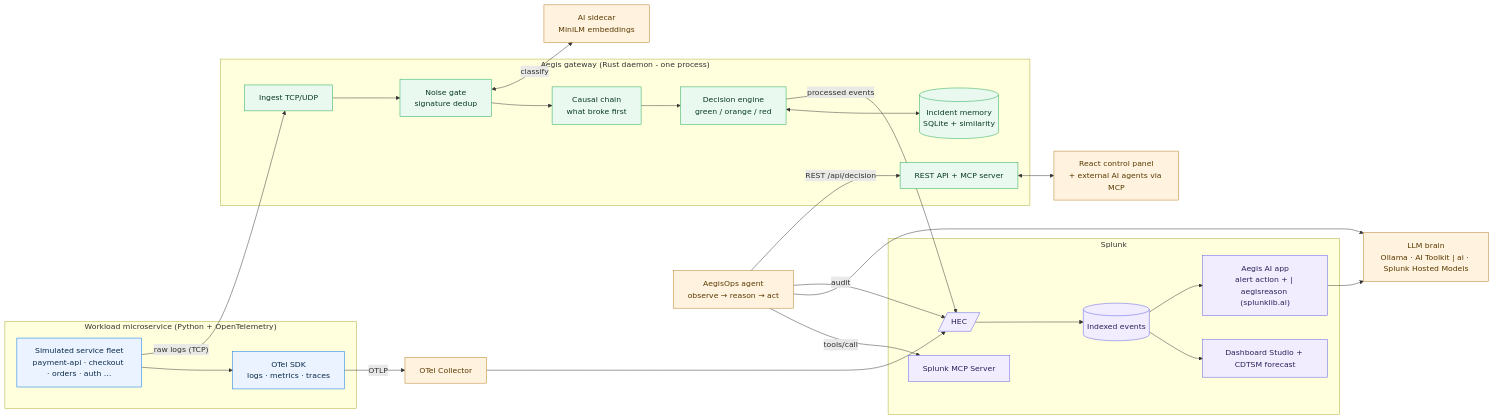
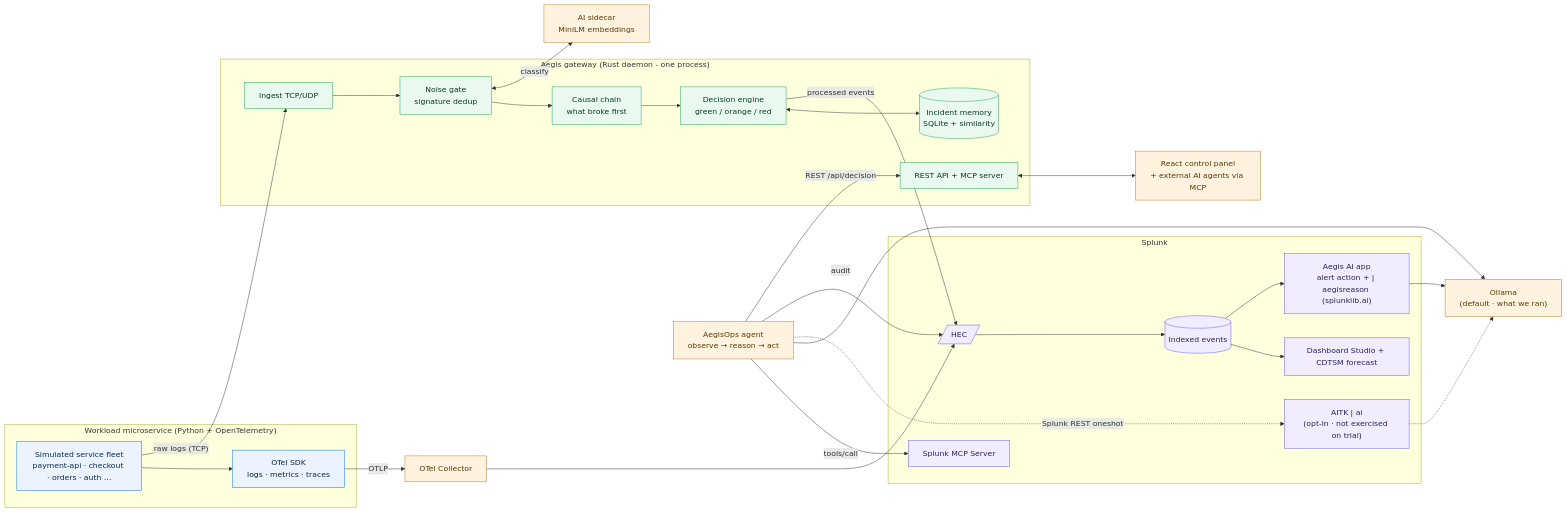
Before and after one commit to Kehn-Marv/Aegis: the diagram in architecture_diagram.md, drawn with Mermaid. The commit also changed other lines of this file and 10 other files, not shown here.

````diff
--- a/architecture_diagram.md
+++ b/architecture_diagram.md
@@ -9,55 +9,58 @@
 ```mermaid
 flowchart LR
     subgraph WL["Workload microservice (Python + OpenTelemetry)"]
         APP["Simulated service fleet<br/>payment-api · checkout · orders · auth …"]
         OTEL["OTel SDK<br/>logs · metrics · traces"]
     end
 
     subgraph EDGE["Aegis gateway (Rust daemon  -  one process)"]
         ING["Ingest TCP/UDP"]
         GATE["Noise gate<br/>signature dedup"]
         CAUSAL["Causal chain<br/>what broke first"]
         MEM[("Incident memory<br/>SQLite + similarity")]
         DEC["Decision engine<br/>green / orange / red"]
         API["REST API + MCP server"]
     end
 
     SIDE["AI sidecar<br/>MiniLM embeddings"]
     AGENT["AegisOps agent<br/>observe → reason → act"]
-    LLM["LLM brain<br/>Ollama · AI Toolkit | ai · Splunk Hosted Models"]
+    LLM_OLLAMA["Ollama<br/>(default · what we ran)"]
     UI["React control panel<br/>+ external AI agents via MCP"]
     COL["OTel Collector"]
 
     subgraph SPL["Splunk"]
         HEC[/"HEC"/]
         IDX[("Indexed events")]
         DASH["Dashboard Studio + CDTSM forecast"]
         SAPP["Aegis AI app<br/>alert action + | aegisreason (splunklib.ai)"]
         SMCP["Splunk MCP Server"]
+        AITK["AITK | ai<br/>(opt-in · not exercised on trial)"]
     end
 
     APP --> OTEL
     APP -- raw logs (TCP) --> ING
     OTEL -- OTLP --> COL --> HEC
     ING --> GATE --> CAUSAL --> DEC
     GATE <-->|classify| SIDE
     DEC <--> MEM
     DEC -->|processed events| HEC
     HEC --> IDX --> DASH
-    IDX --> SAPP --> LLM
+    IDX --> SAPP --> LLM_OLLAMA
 
     API <--> UI
     AGENT -->|REST /api/decision| API
     AGENT -->|tools/call| SMCP
-    AGENT --> LLM
+    AGENT --> LLM_OLLAMA
+    AGENT -.->|Splunk REST oneshot| AITK
+    AITK -.-> LLM_OLLAMA
     AGENT -->|audit| HEC
 
     classDef wl fill:#eaf3ff,stroke:#0071e3,color:#0b2a4a;
     classDef edge fill:#e9f9f0,stroke:#1aa653,color:#0a3b22;
     classDef ai fill:#fff3e0,stroke:#b7791f,color:#5a3a00;
     classDef spl fill:#f1edff,stroke:#5e5ce6,color:#2a235a;
     class APP,OTEL wl;
     class ING,GATE,CAUSAL,MEM,DEC,API edge;
-    class SIDE,AGENT,LLM,UI,COL ai;
-    class HEC,IDX,DASH,SAPP,SMCP spl;
+    class SIDE,AGENT,LLM_OLLAMA,UI,COL ai;
+    class HEC,IDX,DASH,SAPP,SMCP,AITK spl;
 ```
````
